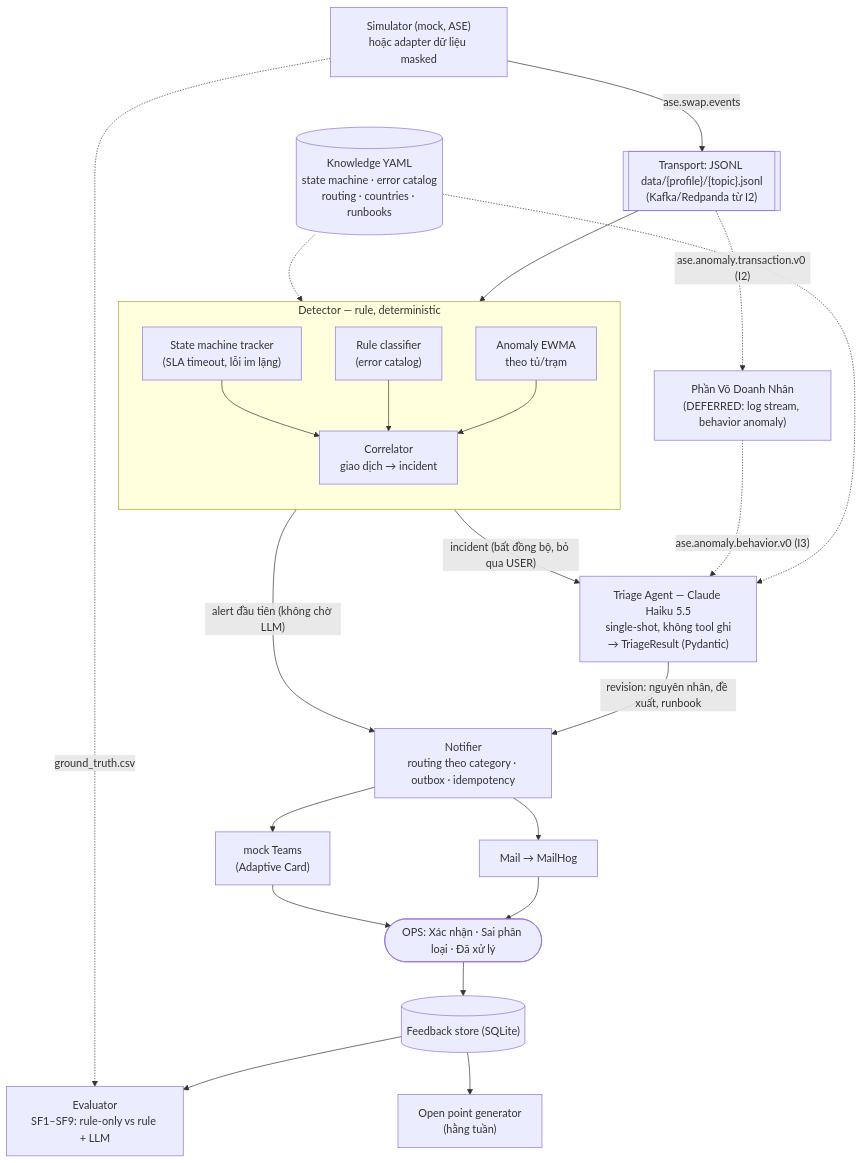
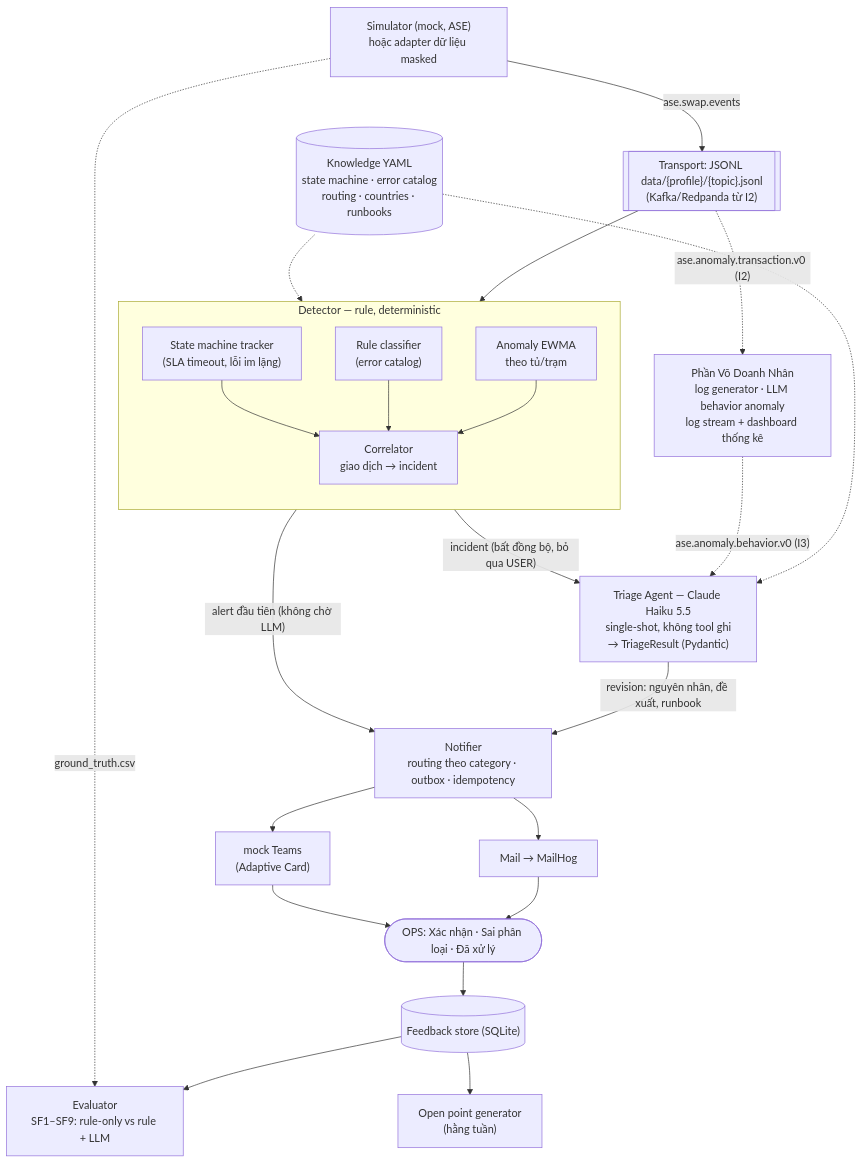
One commit to khangnguyenthe18/NguyenTheKhang_VSF_ASE changed the diagram in Gate0.md. Above: the diagram before and after it, drawn with Mermaid. The commit also changed other lines of this file, not shown here.

Commit message:
Gate0.md: pair contract tra loi du 4 cau hoi, bo danh dau DEFERRED

````diff
--- a/Gate0.md
+++ b/Gate0.md
@@ -58,45 +58,45 @@
 ```mermaid
 flowchart TD
     SIM["Simulator (mock, ASE)<br/>hoặc adapter dữ liệu masked"]
     BUS[["Transport: JSONL data/{profile}/{topic}.jsonl<br/>(Kafka/Redpanda từ I2)"]]
     SIM -->|ase.swap.events| BUS
 
     subgraph DET["Detector — rule, deterministic"]
         direction TB
         SM["State machine tracker<br/>(SLA timeout, lỗi im lặng)"]
         CL["Rule classifier<br/>(error catalog)"]
         AN["Anomaly EWMA<br/>theo tủ/trạm"]
         CO["Correlator<br/>giao dịch → incident"]
         SM --> CO
         CL --> CO
         AN --> CO
     end
     BUS --> DET
 
     KN[("Knowledge YAML<br/>state machine · error catalog<br/>routing · countries · runbooks")]
     KN -.-> DET
 
     NO["Notifier<br/>routing theo category · outbox · idempotency"]
     CO -->|"alert đầu tiên (không chờ LLM)"| NO
 
     TR["Triage Agent — Claude Haiku 5.5<br/>single-shot, không tool ghi<br/>→ TriageResult (Pydantic)"]
     CO -->|"incident (bất đồng bộ, bỏ qua USER)"| TR
     KN -.-> TR
     TR -->|"revision: nguyên nhân, đề xuất, runbook"| NO
 
     NO --> MAIL["Mail → MailHog"]
     NO --> TEAMS["mock Teams<br/>(Adaptive Card)"]
 
     OPS(["OPS: Xác nhận · Sai phân loại · Đã xử lý"])
     MAIL --> OPS
     TEAMS --> OPS
     OPS --> FB[("Feedback store (SQLite)")]
 
     FB --> EV["Evaluator<br/>SF1–SF9: rule-only vs rule + LLM"]
     FB --> OP["Open point generator<br/>(hằng tuần)"]
     SIM -.->|ground_truth.csv| EV
 
-    PARTNER["Phần Võ Doanh Nhân<br/>(DEFERRED: log stream, behavior anomaly)"]
+    PARTNER["Phần Võ Doanh Nhân<br/>log generator · LLM behavior anomaly<br/>log stream + dashboard thống kê"]
     BUS -.->|"ase.anomaly.transaction.v0 (I2)"| PARTNER
     PARTNER -.->|"ase.anomaly.behavior.v0 (I3)"| TR
 ```
````
